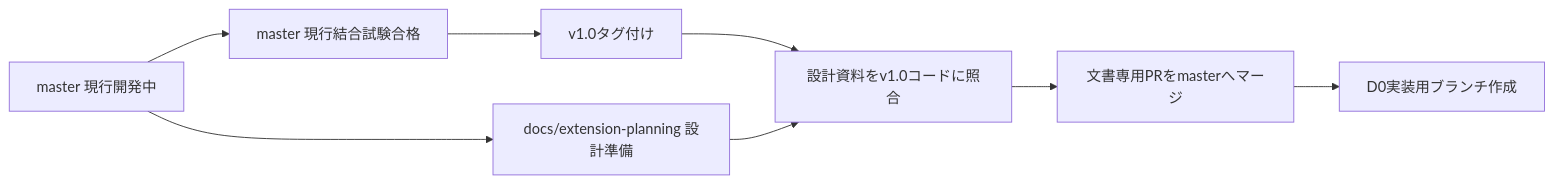
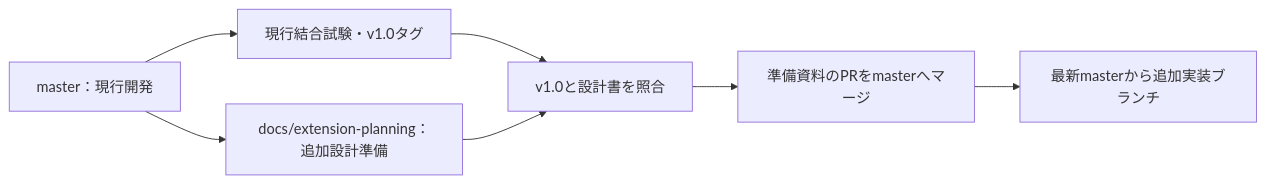
One commit to t-hkd28/iot-service changed the diagram in docs/extensions/github/準備ブランチ・Milestone・PR運用.md. Above: the diagram before and after it, drawn with Mermaid. The commit also changed other lines of this file and 24 other files, not shown here.

````diff
--- a/docs/extensions/github/準備ブランチ・Milestone・PR運用.md
+++ b/docs/extensions/github/準備ブランチ・Milestone・PR運用.md
@@ -5,10 +7,9 @@
 ```mermaid
 flowchart LR
- M[master 現行開発中] --> V[master 現行結合試験合格]
- M --> DOC[docs/extension-planning 設計準備]
- V --> TAG[v1.0タグ付け]
- TAG --> CHECK[設計資料をv1.0コードに照合]
- DOC --> CHECK
- CHECK --> PR[文書専用PRをmasterへマージ]
- PR --> D0[D0実装用ブランチ作成]
+ M["master：現行開発"] --> T["現行結合試験・v1.0タグ"]
+ M --> D["docs/extension-planning：追加設計準備"]
+ T --> CHECK["v1.0と設計書を照合"]
+ D --> CHECK
+ CHECK --> PR["準備資料のPRをmasterへマージ"]
+ PR --> EXT["最新masterから追加実装ブランチ"]
 ```
````
